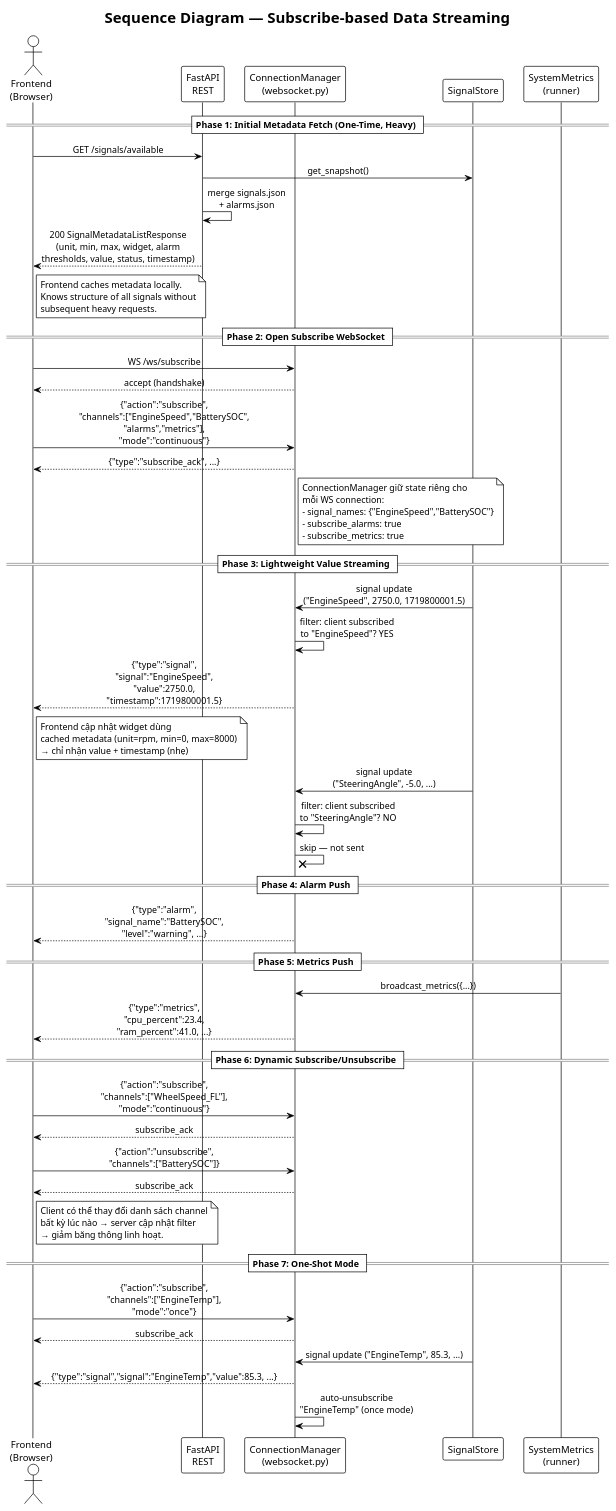
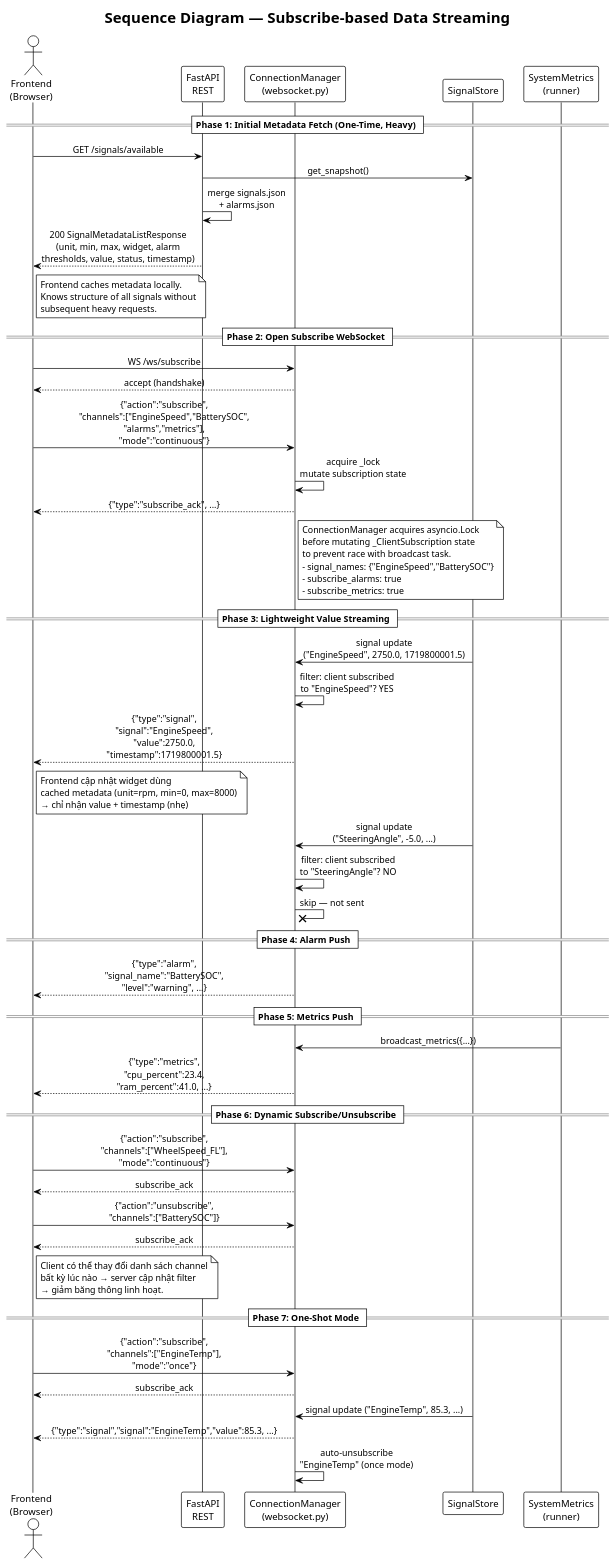
Before and after one commit to 3tdn/car-hmi: the diagram in diagram/19_sequence_subscribe_flow.puml, drawn with PlantUML. The commit also changed 12 other files, not shown here.

```diff
--- a/diagram/19_sequence_subscribe_flow.puml
+++ b/diagram/19_sequence_subscribe_flow.puml
@@ -1,90 +1,92 @@
 @startuml 19_sequence_subscribe_flow
 !theme plain
 skinparam sequenceMessageAlign center
 skinparam responseMessageBelowArrow true
 
 title Sequence Diagram — Subscribe-based Data Streaming
 
 actor       "Frontend\n(Browser)"  as FE
 participant "FastAPI\nREST"        as REST
 participant "ConnectionManager\n(websocket.py)" as WS
 participant "SignalStore"          as SS
 participant "SystemMetrics\n(runner)"  as SM
 
 == Phase 1: Initial Metadata Fetch (One-Time, Heavy) ==
 
 FE -> REST : GET /signals/available
 REST -> SS : get_snapshot()
 REST -> REST : merge signals.json\n+ alarms.json
 REST --> FE : 200 SignalMetadataListResponse\n(unit, min, max, widget, alarm\nthresholds, value, status, timestamp)
 
 note right of FE
   Frontend caches metadata locally.
   Knows structure of all signals without
   subsequent heavy requests.
 end note
 
 == Phase 2: Open Subscribe WebSocket ==
 
 FE -> WS : WS /ws/subscribe
 WS --> FE : accept (handshake)
 
 FE -> WS : {"action":"subscribe",\n"channels":["EngineSpeed","BatterySOC",\n"alarms","metrics"],\n"mode":"continuous"}
+WS -> WS : acquire _lock\nmutate subscription state
 WS --> FE : {"type":"subscribe_ack", ...}
 
 note right of WS
-  ConnectionManager giữ state riêng cho
-  mỗi WS connection:
+  ConnectionManager acquires asyncio.Lock
+  before mutating _ClientSubscription state
+  to prevent race with broadcast task.
   - signal_names: {"EngineSpeed","BatterySOC"}
   - subscribe_alarms: true
   - subscribe_metrics: true
 end note
 
 == Phase 3: Lightweight Value Streaming ==
 
 SS -> WS : signal update\n("EngineSpeed", 2750.0, 1719800001.5)
 WS -> WS : filter: client subscribed\nto "EngineSpeed"? YES
 WS --> FE : {"type":"signal",\n"signal":"EngineSpeed",\n"value":2750.0,\n"timestamp":1719800001.5}
 
 note right of FE
   Frontend cập nhật widget dùng
   cached metadata (unit=rpm, min=0, max=8000)
   → chỉ nhận value + timestamp (nhẹ)
 end note
 
 SS -> WS : signal update\n("SteeringAngle", -5.0, ...)
 WS -> WS : filter: client subscribed\nto "SteeringAngle"? NO
 WS ->x WS : skip — not sent
 
 == Phase 4: Alarm Push ==
 
 WS --> FE : {"type":"alarm",\n"signal_name":"BatterySOC",\n"level":"warning", ...}
 
 == Phase 5: Metrics Push ==
 
 SM -> WS : broadcast_metrics({...})
 WS --> FE : {"type":"metrics",\n"cpu_percent":23.4,\n"ram_percent":41.0, ...}
 
 == Phase 6: Dynamic Subscribe/Unsubscribe ==
 
 FE -> WS : {"action":"subscribe",\n"channels":["WheelSpeed_FL"],\n"mode":"continuous"}
 WS --> FE : subscribe_ack
 
 FE -> WS : {"action":"unsubscribe",\n"channels":["BatterySOC"]}
 WS --> FE : subscribe_ack
 
 note right of FE
   Client có thể thay đổi danh sách channel
   bất kỳ lúc nào → server cập nhật filter
   → giảm băng thông linh hoạt.
 end note
 
 == Phase 7: One-Shot Mode ==
 
 FE -> WS : {"action":"subscribe",\n"channels":["EngineTemp"],\n"mode":"once"}
 WS --> FE : subscribe_ack
 SS -> WS : signal update ("EngineTemp", 85.3, ...)
 WS --> FE : {"type":"signal","signal":"EngineTemp","value":85.3, ...}
 WS -> WS : auto-unsubscribe\n"EngineTemp" (once mode)
 
 @enduml
```
